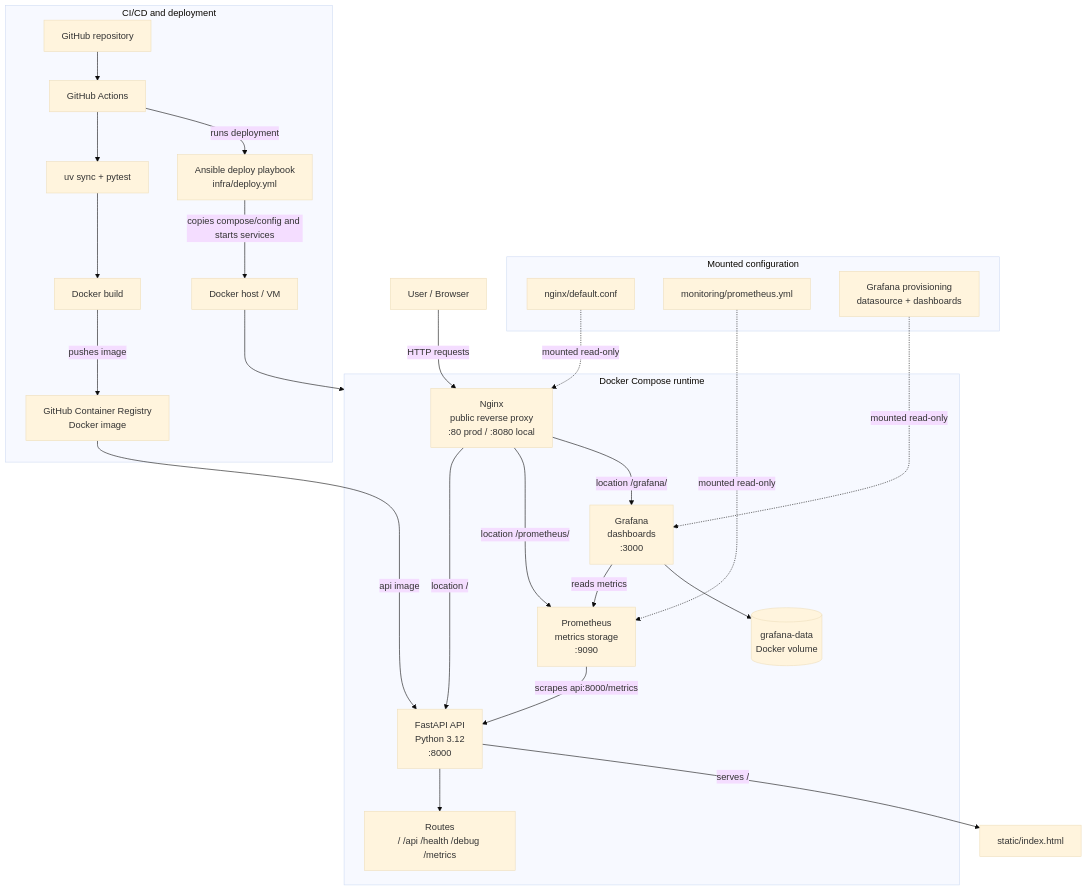
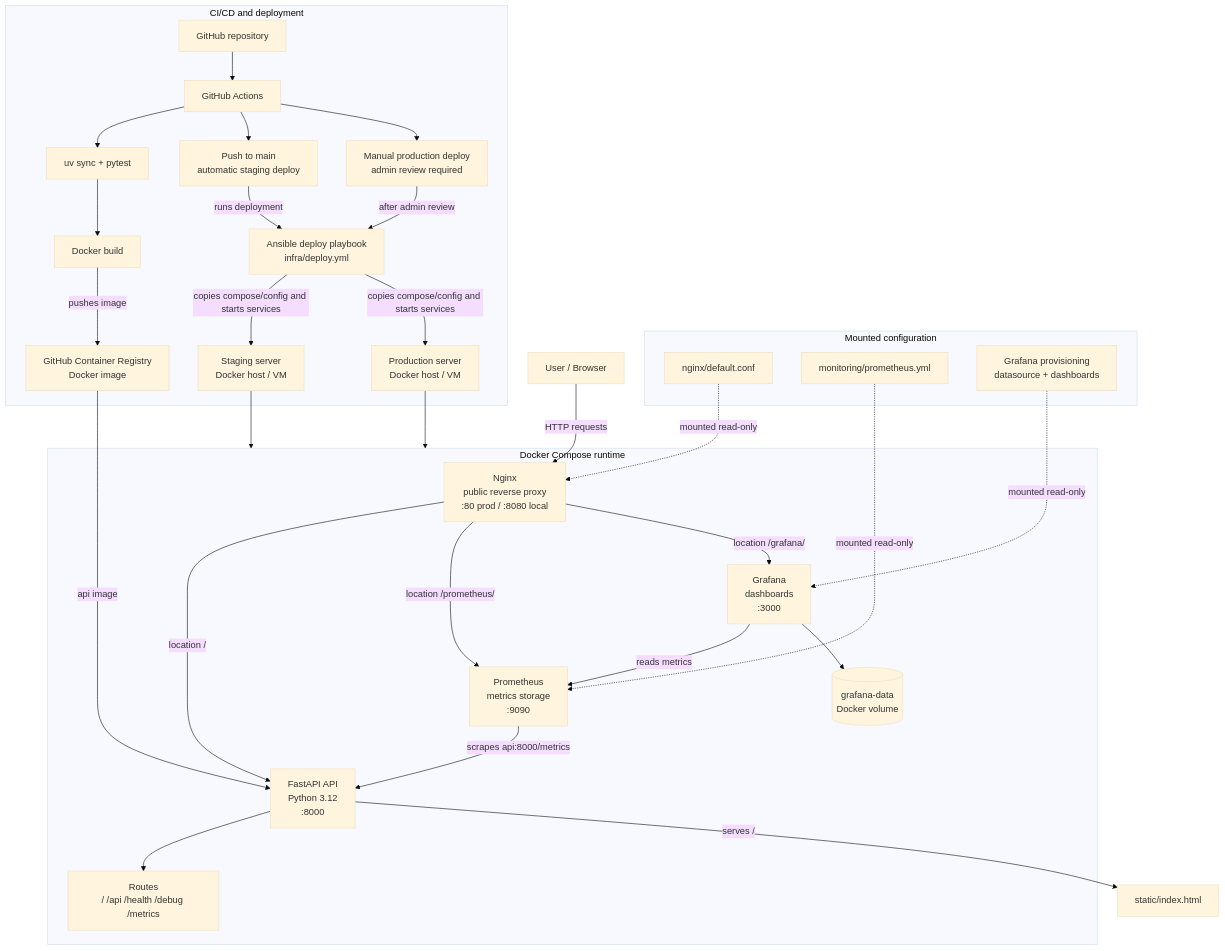
Before and after one commit to SNAProject2026/sna-project: the diagram in ARCHITECTURE.md, drawn with Mermaid (base theme). The commit also changed other lines of this file, not shown here.

Commit message:
docs: mention staging and production servers in architecture.md

````diff
--- a/ARCHITECTURE.md
+++ b/ARCHITECTURE.md
@@ -37,55 +46,63 @@
 ```mermaid
 flowchart TB
     User["User / Browser"]
 
     subgraph Runtime["Docker Compose runtime"]
         Nginx["Nginx<br/>public reverse proxy<br/>:80 prod / :8080 local"]
         API["FastAPI API<br/>Python 3.12<br/>:8000"]
         Endpoints["Routes<br/>/ /api /health /debug /metrics"]
         Prometheus["Prometheus<br/>metrics storage<br/>:9090"]
         Grafana["Grafana<br/>dashboards<br/>:3000"]
         GrafanaVolume[("grafana-data<br/>Docker volume")]
     end
 
     subgraph Config["Mounted configuration"]
         NginxConf["nginx/default.conf"]
         PromConf["monitoring/prometheus.yml"]
         GrafanaConf["Grafana provisioning<br/>datasource + dashboards"]
     end
 
     subgraph Delivery["CI/CD and deployment"]
         GitHub["GitHub repository"]
         Actions["GitHub Actions"]
         Tests["uv sync + pytest"]
         ImageBuild["Docker build"]
         GHCR["GitHub Container Registry<br/>Docker image"]
+        StagingGate["Push to main<br/>automatic staging deploy"]
+        ProductionGate["Manual production deploy<br/>admin review required"]
         Ansible["Ansible deploy playbook<br/>infra/deploy.yml"]
-        Host["Docker host / VM"]
+        StagingHost["Staging server<br/>Docker host / VM"]
+        ProductionHost["Production server<br/>Docker host / VM"]
     end
 
     Static["static/index.html"]
 
     User -->|"HTTP requests"| Nginx
     Nginx -->|"location /"| API
     Nginx -->|"location /prometheus/"| Prometheus
     Nginx -->|"location /grafana/"| Grafana
 
     API --> Endpoints
     API -->|"serves /"| Static
     Prometheus -->|"scrapes api:8000/metrics"| API
     Grafana -->|"reads metrics"| Prometheus
     Grafana --> GrafanaVolume
 
     NginxConf -.->|"mounted read-only"| Nginx
     PromConf -.->|"mounted read-only"| Prometheus
     GrafanaConf -.->|"mounted read-only"| Grafana
 
     GitHub --> Actions
     Actions --> Tests
     Tests --> ImageBuild
     ImageBuild -->|"pushes image"| GHCR
-    Actions -->|"runs deployment"| Ansible
-    Ansible -->|"copies compose/config and starts services"| Host
-    Host --> Runtime
+    Actions --> StagingGate
+    Actions --> ProductionGate
+    StagingGate -->|"runs deployment"| Ansible
+    ProductionGate -->|"after admin review"| Ansible
+    Ansible -->|"copies compose/config and starts services"| StagingHost
+    Ansible -->|"copies compose/config and starts services"| ProductionHost
+    StagingHost --> Runtime
+    ProductionHost --> Runtime
     GHCR -->|"api image"| API
 ```
````
